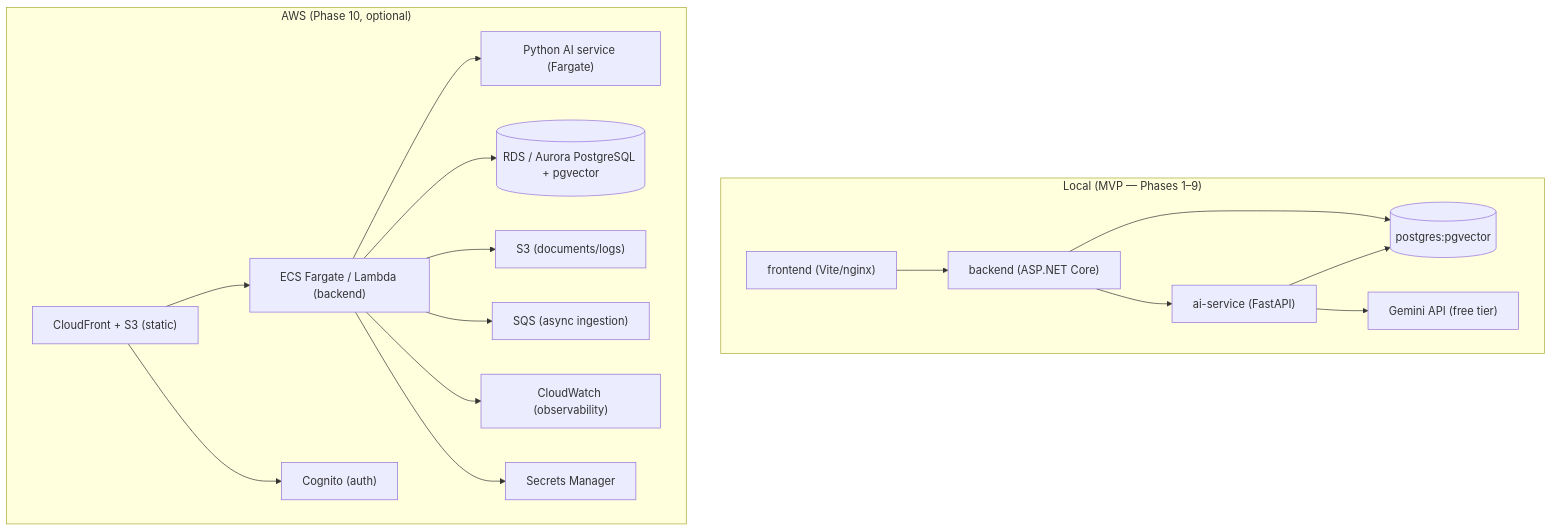
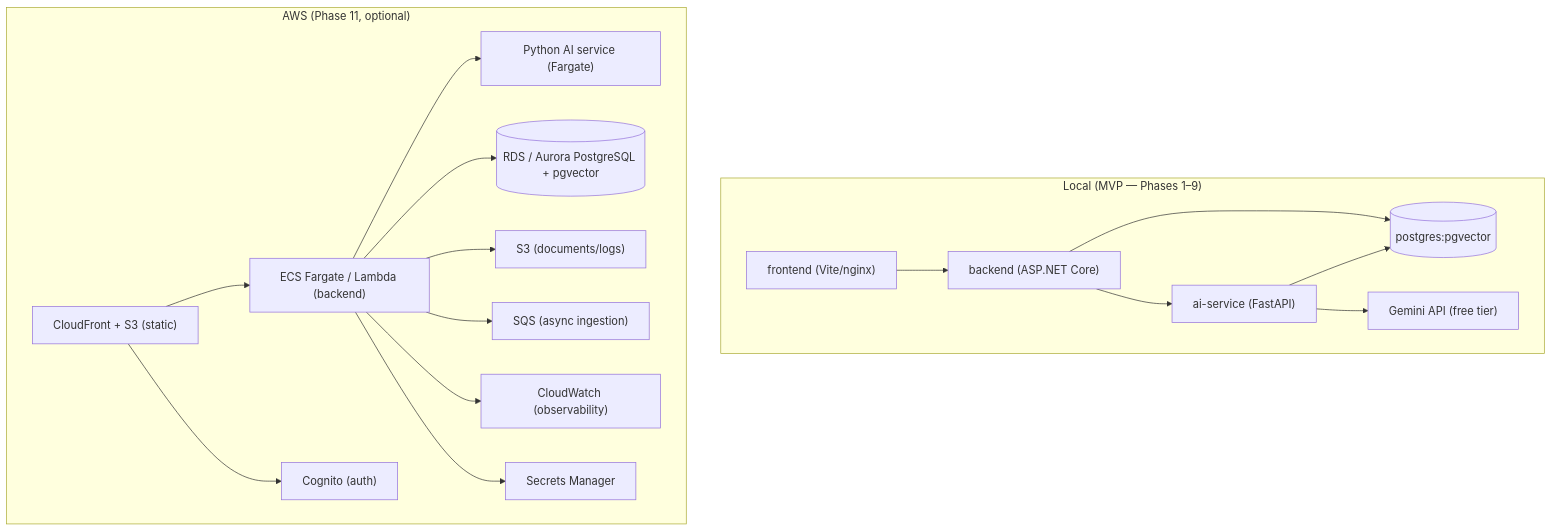
Before and after one commit to Priyanshu-47/ChangeLens-AI: the diagram in docs/deployment-strategy.md, drawn with Mermaid. The commit also changed other lines of this file and 58 other files, not shown here.

````diff
--- a/docs/deployment-strategy.md
+++ b/docs/deployment-strategy.md
@@ -7,20 +7,20 @@
 ```mermaid
 flowchart TB
     subgraph LOCAL["Local (MVP — Phases 1–9)"]
         FE1["frontend (Vite/nginx)"] --> BE1["backend (ASP.NET Core)"]
         BE1 --> AI1["ai-service (FastAPI)"]
         BE1 --> PG1[("postgres:pgvector")]
         AI1 --> PG1
         AI1 --> G1["Gemini API (free tier)"]
     end
-    subgraph AWS["AWS (Phase 10, optional)"]
+    subgraph AWS["AWS (Phase 11, optional)"]
         CF["CloudFront + S3 (static)"] --> C["ECS Fargate / Lambda (backend)"]
         C --> P["Python AI service (Fargate)"]
         C --> RDS[("RDS / Aurora PostgreSQL + pgvector")]
         C --> S3["S3 (documents/logs)"]
         C --> SQS["SQS (async ingestion)"]
         C --> CW["CloudWatch (observability)"]
         C --> SM["Secrets Manager"]
         CF --> COG["Cognito (auth)"]
     end
 ```
````
